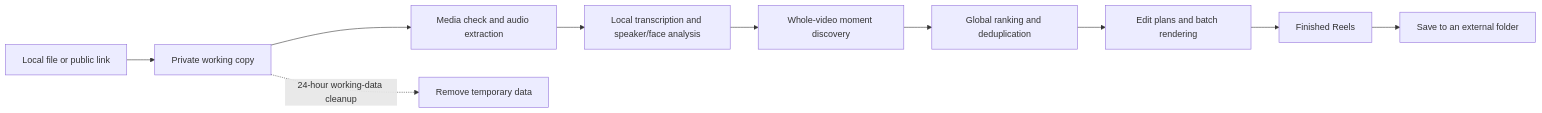
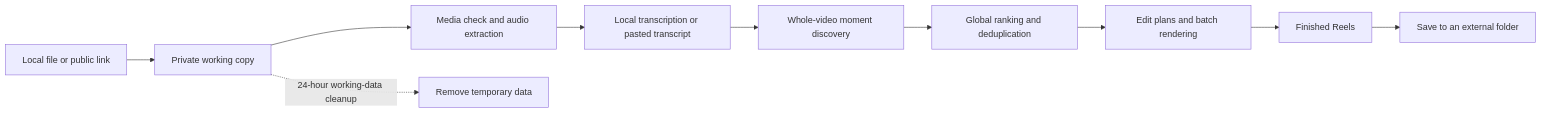
Before and after one commit to yushy07/reelmind: the first of 2 diagrams in README.md, drawn with Mermaid. The commit also changed other lines of this file and 3 other files, not shown here.

````diff
--- a/README.md
+++ b/README.md
@@ -54,12 +57,12 @@
 ```mermaid
 flowchart LR
     A[Local file or public link] --> B[Private working copy]
     B --> C[Media check and audio extraction]
-    C --> D[Local transcription and speaker/face analysis]
+    C --> D[Local transcription or pasted transcript]
     D --> E[Whole-video moment discovery]
     E --> F[Global ranking and deduplication]
     F --> G[Edit plans and batch rendering]
     G --> H[Finished Reels]
     H --> I[Save to an external folder]
     B -. 24-hour working-data cleanup .-> J[Remove temporary data]
 ```
````
